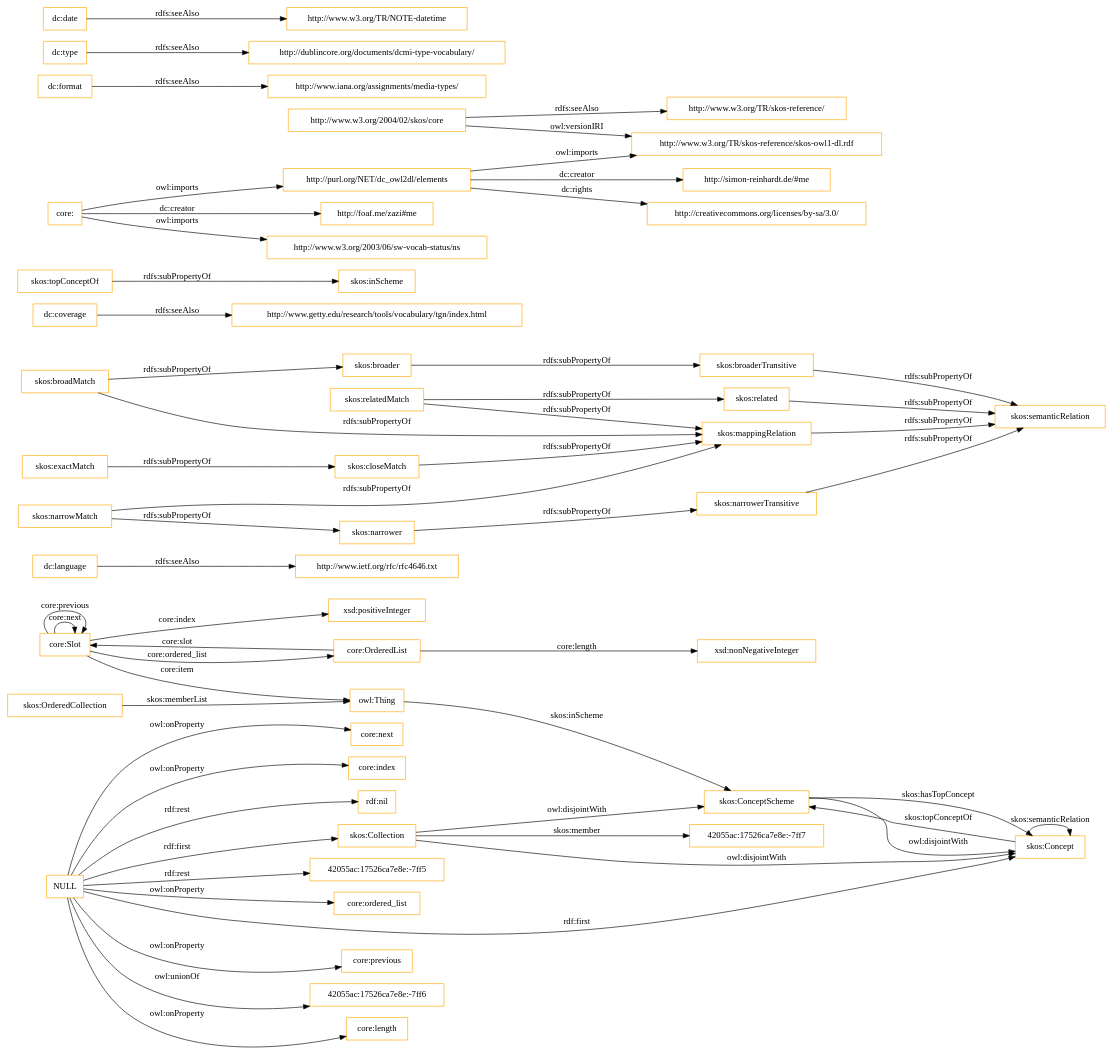
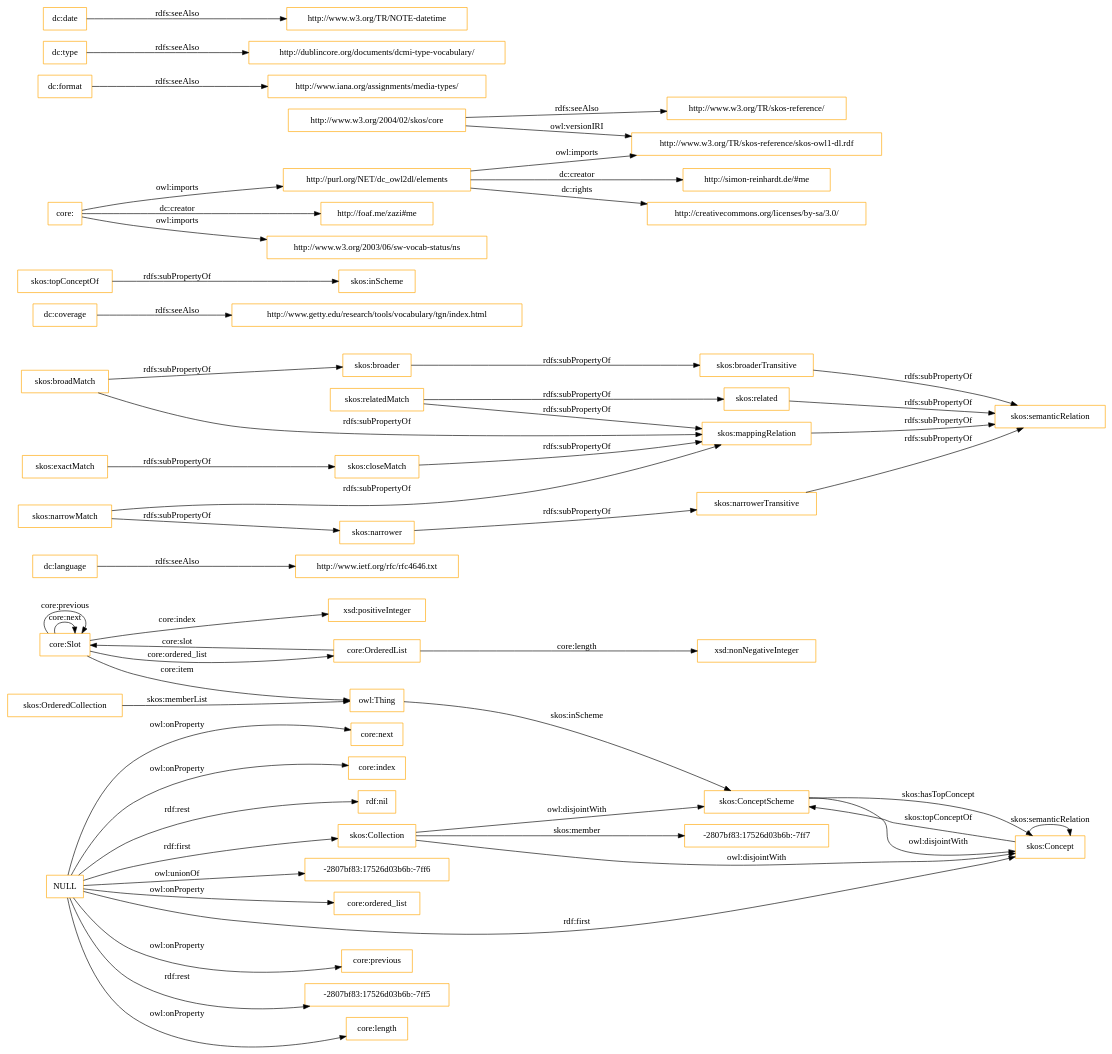
The diagram in OnToology/imports/core.owl/diagrams/ar2dtool-class/core.owl.png.dot (OnToologyUser/core-ontology-1), drawn with Graphviz before and after one commit. The commit also changed 14 other files, not shown here.

```diff
--- a/OnToology/imports/core.owl/diagrams/ar2dtool-class/core.owl.png.dot
+++ b/OnToology/imports/core.owl/diagrams/ar2dtool-class/core.owl.png.dot
@@ -1,60 +1,60 @@
 digraph ar2dtool_diagram { 
 rankdir=LR;
 size="1501"
-node [shape = rectangle, color="orange"]; "core:Slot" "core:OrderedList" "42055ac:17526ca7e8e:-7ff7" "skos:OrderedCollection" "skos:Collection" "skos:ConceptScheme" "skos:Concept" ; /*classes style*/
+node [shape = rectangle, color="orange"]; "core:Slot" "core:OrderedList" "-2807bf83:17526d03b6b:-7ff7" "skos:OrderedCollection" "skos:Collection" "skos:ConceptScheme" "skos:Concept" ; /*classes style*/
 	"dc:language" -> "http://www.ietf.org/rfc/rfc4646.txt" [ label = "rdfs:seeAlso" ];
 	"NULL" -> "core:previous" [ label = "owl:onProperty" ];
-	"NULL" -> "42055ac:17526ca7e8e:-7ff6" [ label = "owl:unionOf" ];
+	"NULL" -> "-2807bf83:17526d03b6b:-7ff5" [ label = "rdf:rest" ];
 	"NULL" -> "core:length" [ label = "owl:onProperty" ];
 	"NULL" -> "skos:Concept" [ label = "rdf:first" ];
 	"NULL" -> "core:next" [ label = "owl:onProperty" ];
 	"NULL" -> "core:index" [ label = "owl:onProperty" ];
 	"NULL" -> "rdf:nil" [ label = "rdf:rest" ];
-	"NULL" -> "42055ac:17526ca7e8e:-7ff5" [ label = "rdf:rest" ];
+	"NULL" -> "-2807bf83:17526d03b6b:-7ff6" [ label = "owl:unionOf" ];
 	"NULL" -> "core:ordered_list" [ label = "owl:onProperty" ];
 	"NULL" -> "skos:Collection" [ label = "rdf:first" ];
 	"skos:closeMatch" -> "skos:mappingRelation" [ label = "rdfs:subPropertyOf" ];
 	"dc:coverage" -> "http://www.getty.edu/research/tools/vocabulary/tgn/index.html" [ label = "rdfs:seeAlso" ];
 	"skos:relatedMatch" -> "skos:related" [ label = "rdfs:subPropertyOf" ];
 	"skos:relatedMatch" -> "skos:mappingRelation" [ label = "rdfs:subPropertyOf" ];
 	"skos:ConceptScheme" -> "skos:Concept" [ label = "owl:disjointWith" ];
 	"skos:related" -> "skos:semanticRelation" [ label = "rdfs:subPropertyOf" ];
 	"skos:topConceptOf" -> "skos:inScheme" [ label = "rdfs:subPropertyOf" ];
 	"skos:broadMatch" -> "skos:broader" [ label = "rdfs:subPropertyOf" ];
 	"skos:broadMatch" -> "skos:mappingRelation" [ label = "rdfs:subPropertyOf" ];
 	"http://purl.org/NET/dc_owl2dl/elements" -> "http://www.w3.org/TR/skos-reference/skos-owl1-dl.rdf" [ label = "owl:imports" ];
 	"http://purl.org/NET/dc_owl2dl/elements" -> "http://creativecommons.org/licenses/by-sa/3.0/" [ label = "dc:rights" ];
 	"http://purl.org/NET/dc_owl2dl/elements" -> "http://simon-reinhardt.de/#me" [ label = "dc:creator" ];
 	"skos:exactMatch" -> "skos:closeMatch" [ label = "rdfs:subPropertyOf" ];
 	"dc:format" -> "http://www.iana.org/assignments/media-types/" [ label = "rdfs:seeAlso" ];
 	"core:" -> "http://foaf.me/zazi#me" [ label = "dc:creator" ];
 	"core:" -> "http://www.w3.org/2003/06/sw-vocab-status/ns" [ label = "owl:imports" ];
 	"core:" -> "http://purl.org/NET/dc_owl2dl/elements" [ label = "owl:imports" ];
 	"skos:broaderTransitive" -> "skos:semanticRelation" [ label = "rdfs:subPropertyOf" ];
 	"skos:mappingRelation" -> "skos:semanticRelation" [ label = "rdfs:subPropertyOf" ];
 	"skos:broader" -> "skos:broaderTransitive" [ label = "rdfs:subPropertyOf" ];
 	"dc:type" -> "http://dublincore.org/documents/dcmi-type-vocabulary/" [ label = "rdfs:seeAlso" ];
 	"http://www.w3.org/2004/02/skos/core" -> "http://www.w3.org/TR/skos-reference/skos-owl1-dl.rdf" [ label = "owl:versionIRI" ];
 	"http://www.w3.org/2004/02/skos/core" -> "http://www.w3.org/TR/skos-reference/" [ label = "rdfs:seeAlso" ];
 	"skos:Collection" -> "skos:ConceptScheme" [ label = "owl:disjointWith" ];
 	"skos:Collection" -> "skos:Concept" [ label = "owl:disjointWith" ];
 	"skos:narrowMatch" -> "skos:narrower" [ label = "rdfs:subPropertyOf" ];
 	"skos:narrowMatch" -> "skos:mappingRelation" [ label = "rdfs:subPropertyOf" ];
 	"skos:narrower" -> "skos:narrowerTransitive" [ label = "rdfs:subPropertyOf" ];
 	"dc:date" -> "http://www.w3.org/TR/NOTE-datetime" [ label = "rdfs:seeAlso" ];
 	"skos:narrowerTransitive" -> "skos:semanticRelation" [ label = "rdfs:subPropertyOf" ];
 	"core:Slot" -> "xsd:positiveInteger" [ label = "core:index" ];
 	"skos:Concept" -> "skos:ConceptScheme" [ label = "skos:topConceptOf" ];
 	"core:Slot" -> "owl:Thing" [ label = "core:item" ];
 	"core:OrderedList" -> "xsd:nonNegativeInteger" [ label = "core:length" ];
 	"core:OrderedList" -> "core:Slot" [ label = "core:slot" ];
-	"skos:Collection" -> "42055ac:17526ca7e8e:-7ff7" [ label = "skos:member" ];
+	"skos:Collection" -> "-2807bf83:17526d03b6b:-7ff7" [ label = "skos:member" ];
 	"core:Slot" -> "core:Slot" [ label = "core:next" ];
 	"skos:ConceptScheme" -> "skos:Concept" [ label = "skos:hasTopConcept" ];
 	"owl:Thing" -> "skos:ConceptScheme" [ label = "skos:inScheme" ];
 	"core:Slot" -> "core:Slot" [ label = "core:previous" ];
 	"skos:OrderedCollection" -> "owl:Thing" [ label = "skos:memberList" ];
 	"skos:Concept" -> "skos:Concept" [ label = "skos:semanticRelation" ];
 	"core:Slot" -> "core:OrderedList" [ label = "core:ordered_list" ];
 
 }
```
